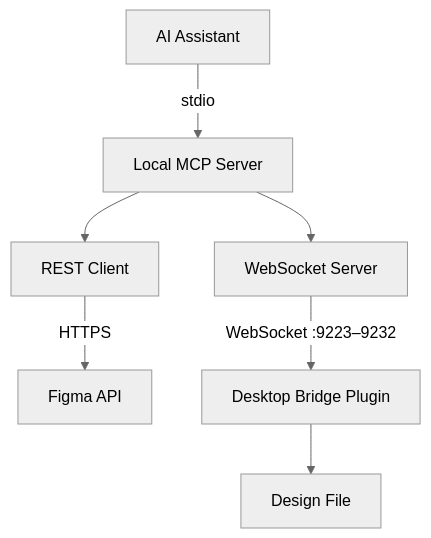
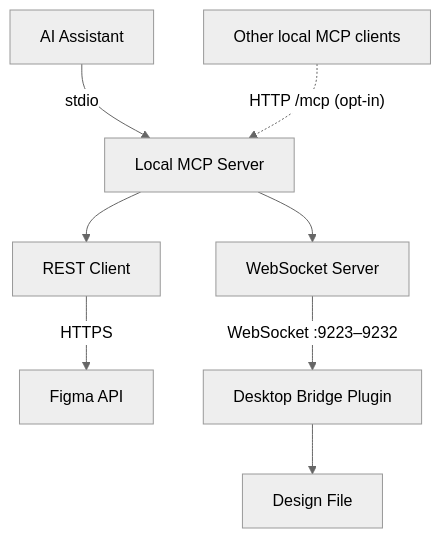
One commit to southleft/figma-console-mcp changed the third of 7 diagrams in docs/architecture.md. Above: the diagram before and after it, drawn with Mermaid (neutral theme). The commit also changed other lines of this file and 4 other files, not shown here.

First line of the commit message:
docs: cover the local HTTP endpoint, LRU eviction and stuck-plugin handling across the Mintlify pages

````diff
--- a/docs/architecture.md
+++ b/docs/architecture.md
@@ -64,13 +64,14 @@
 ```mermaid
 flowchart TB
     AI[AI Assistant]
     AI -->|stdio| SERVER[Local MCP Server]
+    OTHER[Other local MCP clients] -.->|"HTTP /mcp (opt-in)"| SERVER
 
     SERVER --> REST[REST Client]
     SERVER --> WS[WebSocket Server]
 
     REST -->|HTTPS| API[Figma API]
     WS -->|"WebSocket :9223–9232"| PLUGIN[Desktop Bridge Plugin]
 
     PLUGIN --> FILE[Design File]
 ```
````
